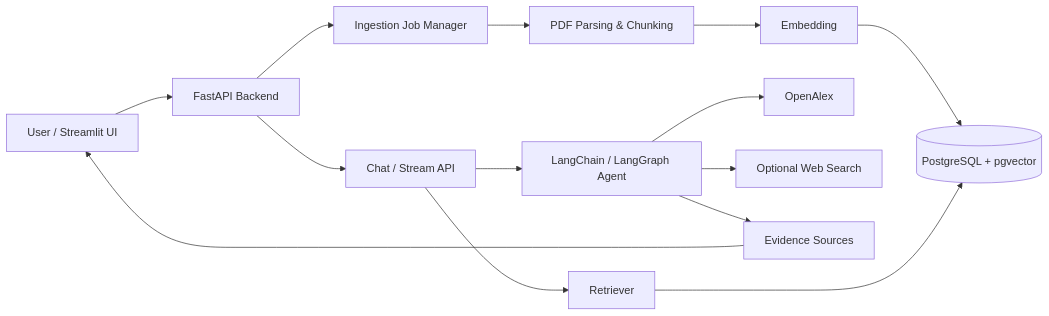
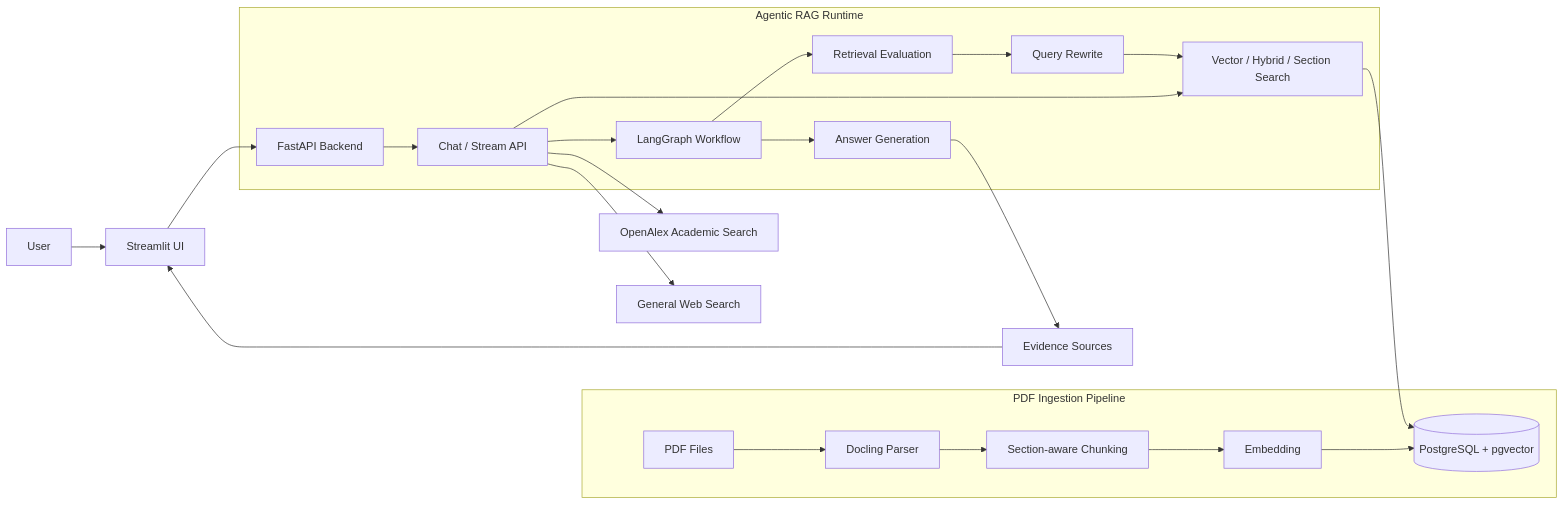
Before and after one commit to zebir-sir/agentic-rag-paper-assistant: the first of 6 diagrams in README.md, drawn with Mermaid. The commit also changed other lines of this file and 39 other files, not shown here.

Commit message:
feat: add section-aware RAG retrieval and evaluation

````diff
--- a/README.md
+++ b/README.md
@@ -45,21 +123,28 @@
 ```mermaid
 flowchart LR
-    U[User / Streamlit UI] --> A[FastAPI Backend]
+    User[User] --> UI[Streamlit UI]
+    UI --> API[FastAPI Backend]
 
-    A --> C[Chat / Stream API]
-    A --> I[Ingestion Job Manager]
+    subgraph Ingestion[PDF Ingestion Pipeline]
+        PDF[PDF Files] --> Docling[Docling Parser]
+        Docling --> Chunker[Section-aware Chunking]
+        Chunker --> Embed[Embedding]
+        Embed --> DB[(PostgreSQL + pgvector)]
+    end
 
-    I --> P[PDF Parsing & Chunking]
-    P --> E[Embedding]
-    E --> V[(PostgreSQL + pgvector)]
+    subgraph Runtime[Agentic RAG Runtime]
+        API --> Chat[Chat / Stream API]
+        Chat --> Search[Vector / Hybrid / Section Search]
+        Search --> DB
+        Chat --> Graph[LangGraph Workflow]
+        Graph --> Eval[Retrieval Evaluation]
+        Eval --> Rewrite[Query Rewrite]
+        Rewrite --> Search
+        Graph --> Answer[Answer Generation]
+    end
 
-    C --> R[Retriever]
-    R --> V
-
-    C --> G[LangChain / LangGraph Agent]
-    G --> O[OpenAlex]
-    G --> W[Optional Web Search]
-    G --> S[Evidence Sources]
-
-    S --> U
+    Chat --> OpenAlex[OpenAlex Academic Search]
+    Chat --> Web[General Web Search]
+    Answer --> Sources[Evidence Sources]
+    Sources --> UI
 ```
````
